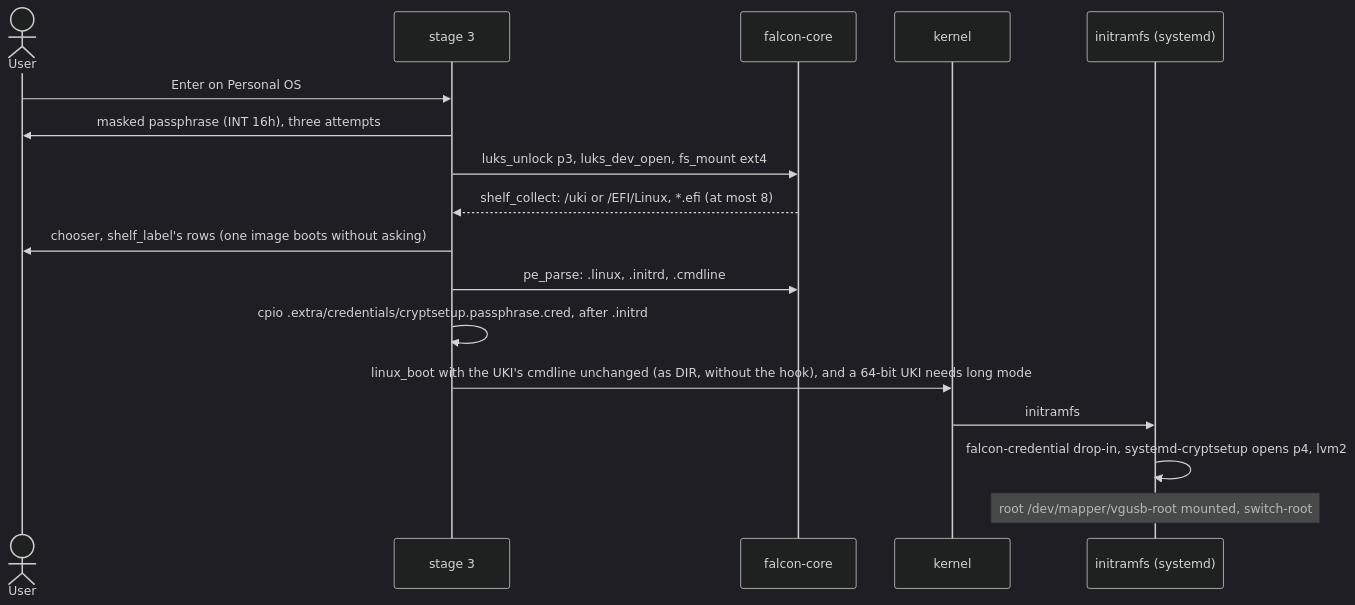
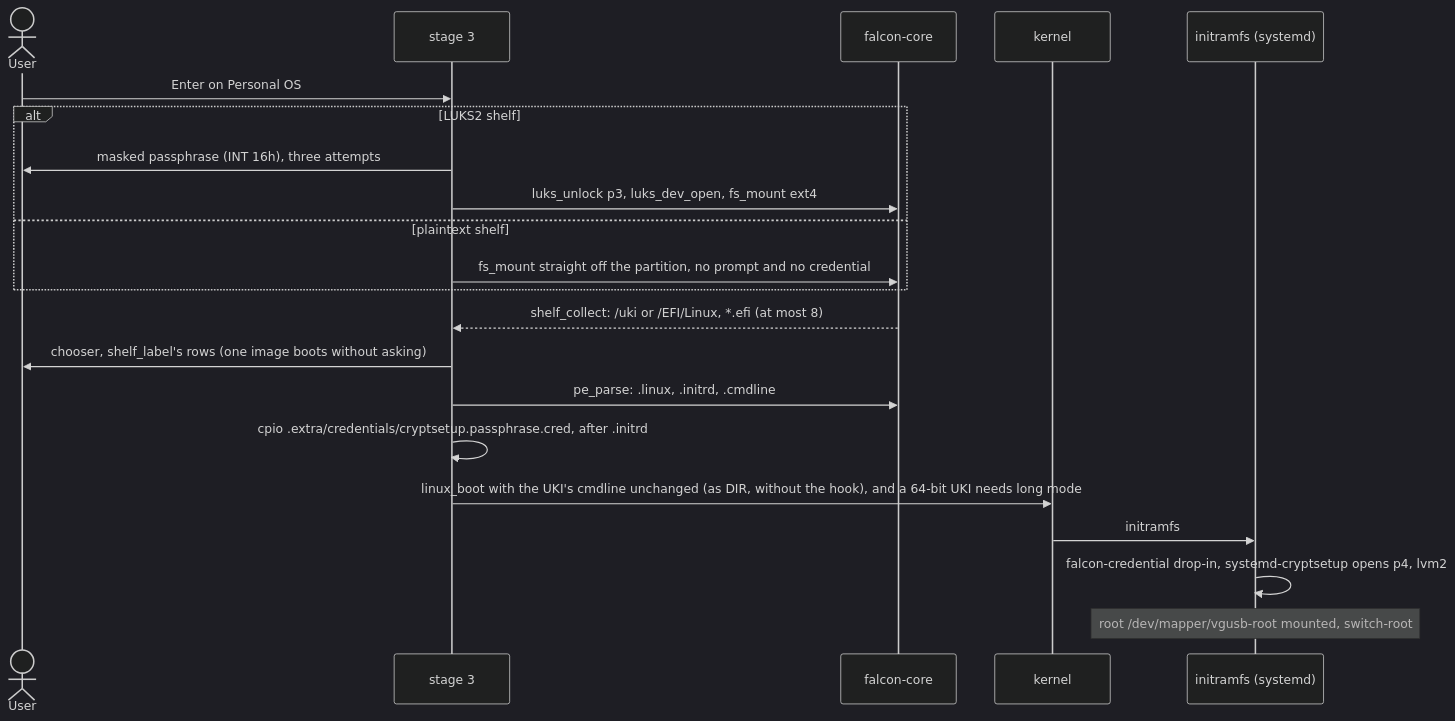
Before and after one commit to vifair22/falcon-boot: diagram 17 of 24 in docs/DESIGN.md, drawn with Mermaid (dark theme). The commit also changed other lines of this file and 35 other files, not shown here.

````diff
--- a/docs/DESIGN.md
+++ b/docs/DESIGN.md
@@ -3374,19 +3395,23 @@
 ```mermaid
 sequenceDiagram
     actor U as User
     participant L as stage 3
     participant FC as falcon-core
     participant K as kernel
     participant I as initramfs (systemd)
     U->>L: Enter on Personal OS
-    L->>U: masked passphrase (INT 16h), three attempts
-    L->>FC: luks_unlock p3, luks_dev_open, fs_mount ext4
+    alt LUKS2 shelf
+        L->>U: masked passphrase (INT 16h), three attempts
+        L->>FC: luks_unlock p3, luks_dev_open, fs_mount ext4
+    else plaintext shelf
+        L->>FC: fs_mount straight off the partition, no prompt and no credential
+    end
     FC-->>L: shelf_collect: /uki or /EFI/Linux, *.efi (at most 8)
     L->>U: chooser, shelf_label's rows (one image boots without asking)
     L->>FC: pe_parse: .linux, .initrd, .cmdline
     L->>L: cpio .extra/credentials/cryptsetup.passphrase.cred, after .initrd
     L->>K: linux_boot with the UKI's cmdline unchanged (as DIR, without the hook), and a 64-bit UKI needs long mode
     K->>I: initramfs
     I->>I: falcon-credential drop-in, systemd-cryptsetup opens p4, lvm2
     Note over I: root /dev/mapper/vgusb-root mounted, switch-root
 ```
````
